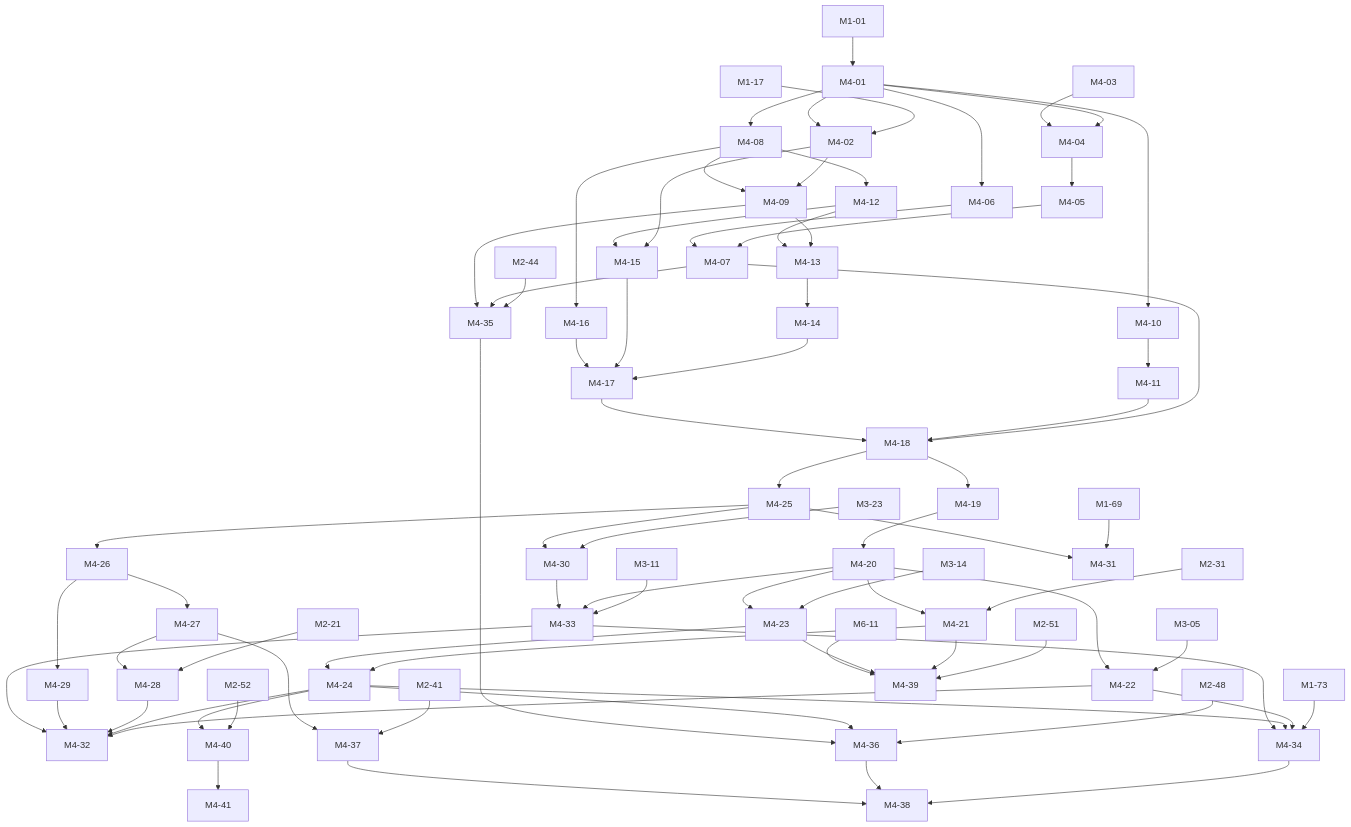
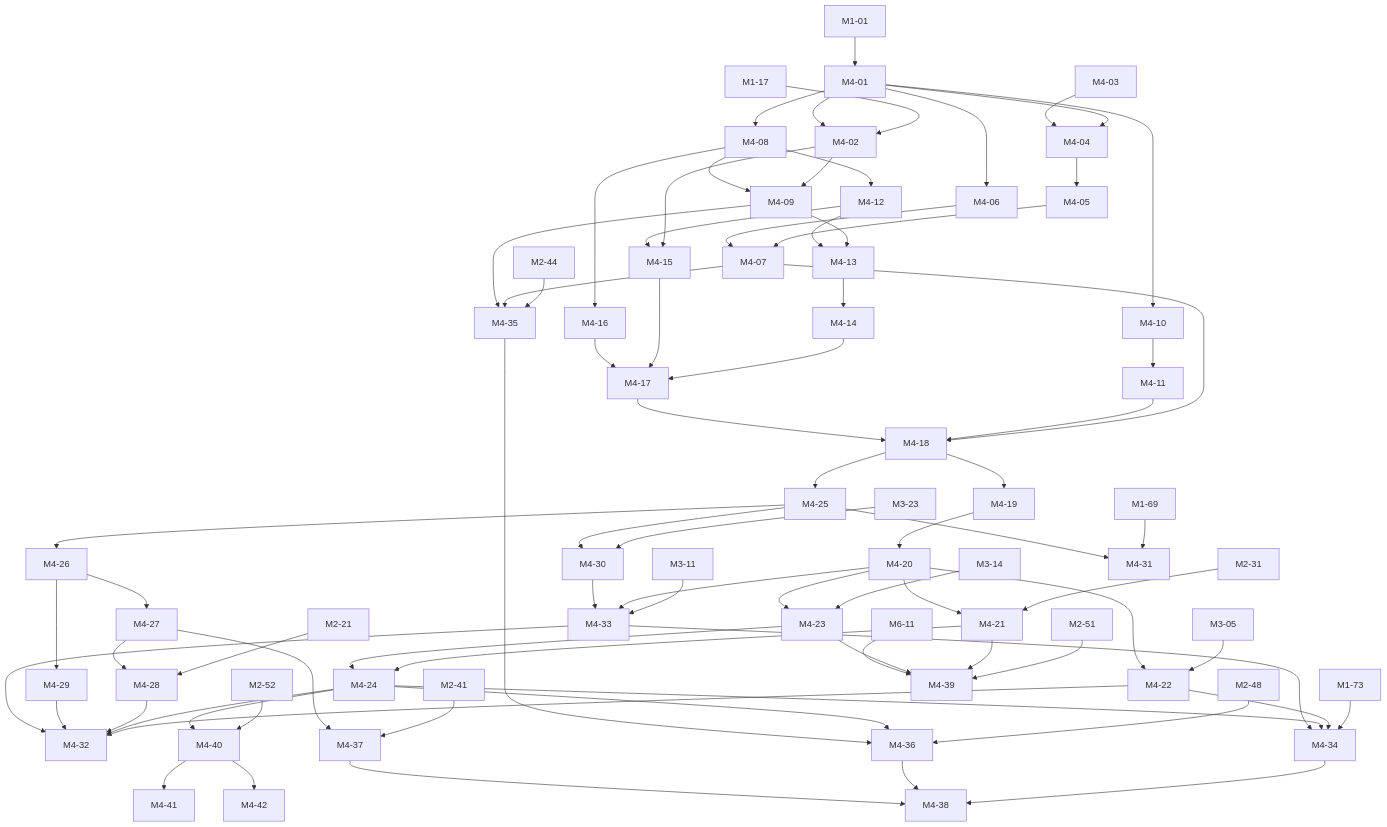
The fourth of 8 diagrams in docs/briefs/README.md (mguttmann/bothy), drawn with Mermaid before and after one commit. The commit also changed other lines of this file and 43 other files, not shown here.

````diff
--- a/docs/briefs/README.md
+++ b/docs/briefs/README.md
@@ -971,6 +972,7 @@
   M4_39["M4-39"]
   M4_40["M4-40"]
   M4_41["M4-41"]
+  M4_42["M4-42"]
   M6_11["M6-11"]
   M1_01 --> M4_01
   M1_17 --> M4_02
@@ -1049,4 +1051,5 @@
   M2_52 --> M4_40
   M4_24 --> M4_40
   M4_40 --> M4_41
+  M4_40 --> M4_42
 ```
````
